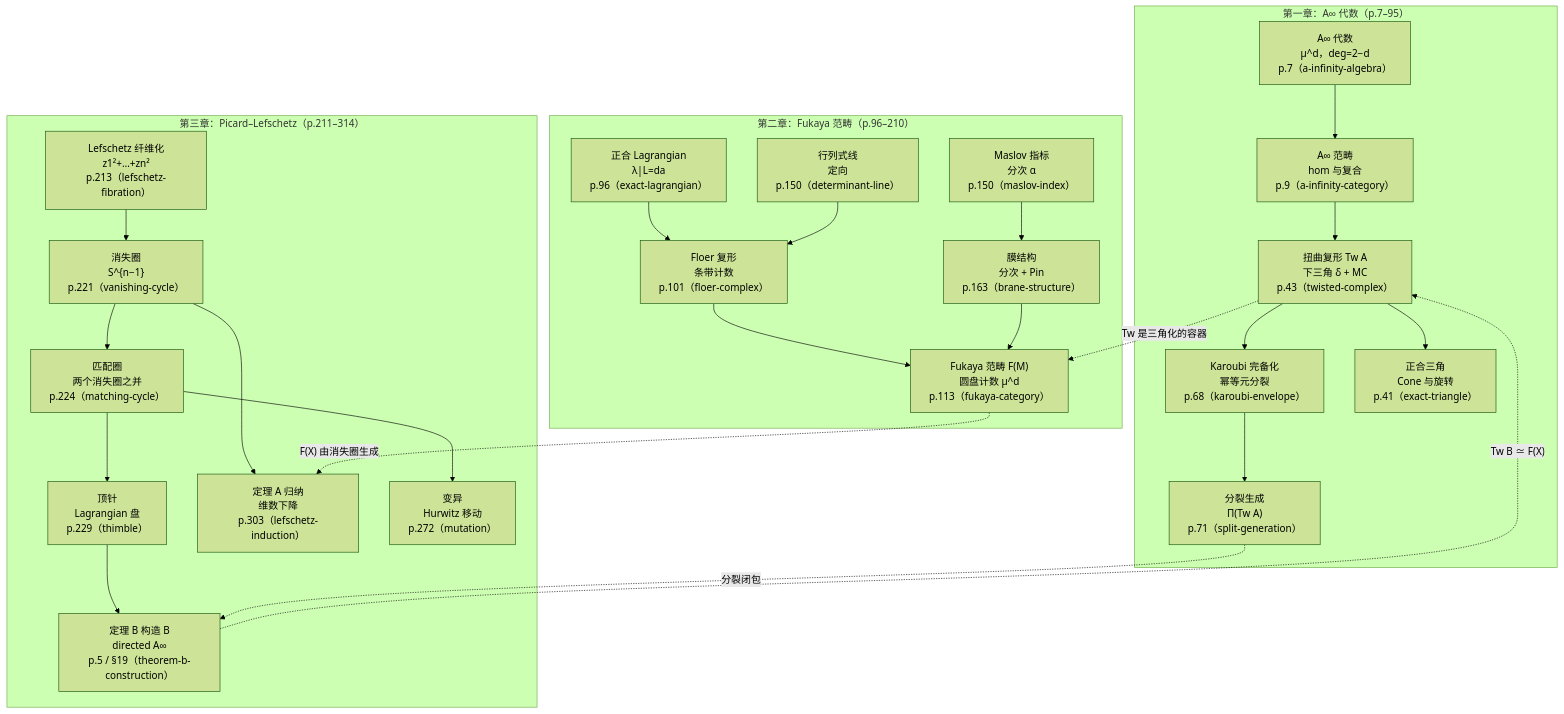
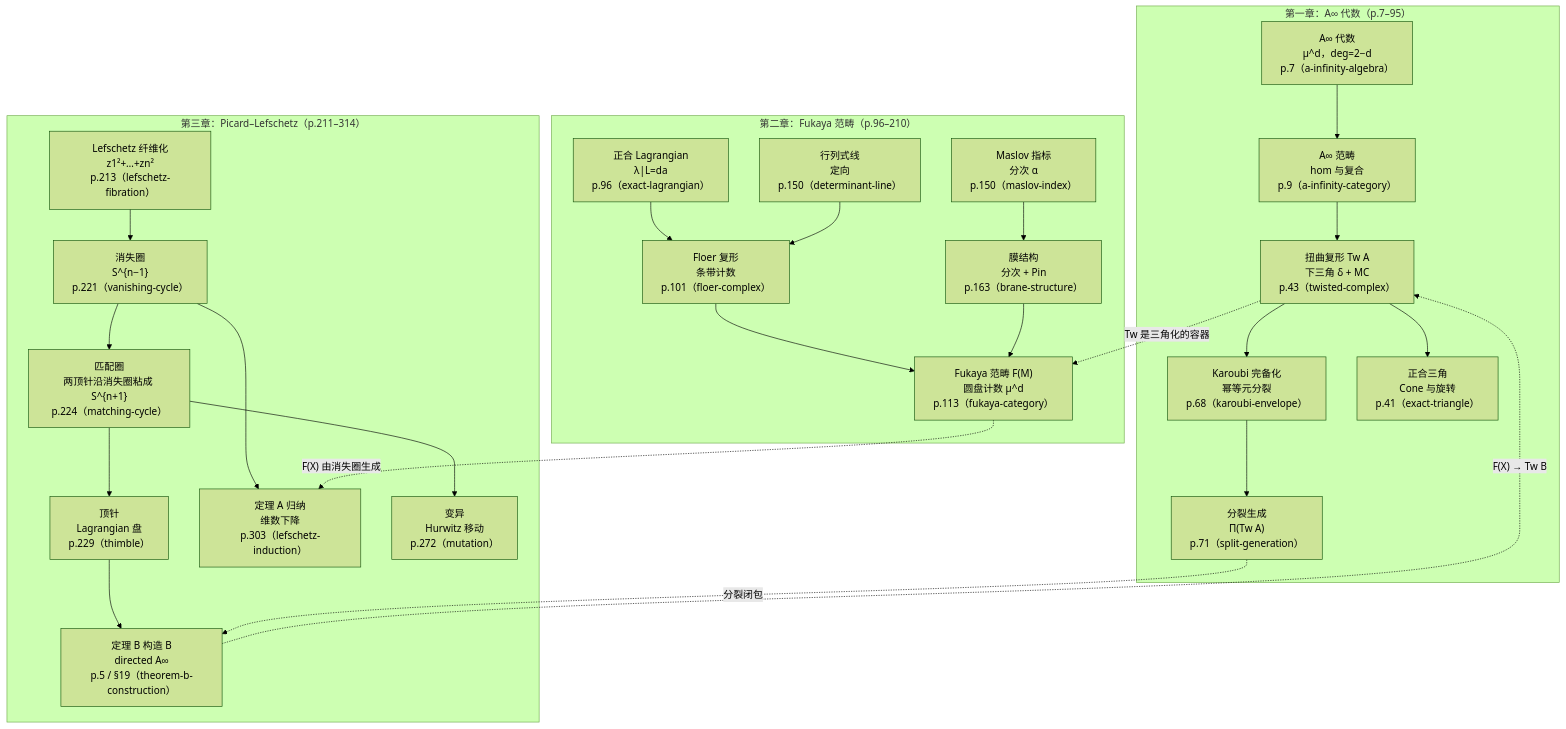
One commit to lzxsusy/mathtranslate changed the diagram in datasets/seidel/MAP.md. Above: the diagram before and after it, drawn with Mermaid (forest theme). The commit also changed other lines of this file and 145 other files, not shown here.

Commit message:
dataset seidel: 复核 70 张资料卡（24 旧卡改正、16 新卡核验、30 勘误卡回页图）

````diff
--- a/datasets/seidel/MAP.md
+++ b/datasets/seidel/MAP.md
@@ -5,44 +5,44 @@
 ```mermaid
 flowchart TD
     subgraph CH1["第一章：A∞ 代数（p.7–95）"]
         A1["A∞ 代数<br/>μ^d，deg=2−d<br/>p.7（a-infinity-algebra）"]
         A2["A∞ 范畴<br/>hom 与复合<br/>p.9（a-infinity-category）"]
         A3["扭曲复形 Tw A<br/>下三角 δ + MC<br/>p.43（twisted-complex）"]
         A4["Karoubi 完备化<br/>幂等元分裂<br/>p.68（karoubi-envelope）"]
         A5["分裂生成<br/>Π(Tw A)<br/>p.71（split-generation）"]
         A6["正合三角<br/>Cone 与旋转<br/>p.41（exact-triangle）"]
         A1 --> A2 --> A3 --> A4 --> A5
         A3 --> A6
     end
 
     subgraph CH2["第二章：Fukaya 范畴（p.96–210）"]
         B1["正合 Lagrangian<br/>λ|L=da<br/>p.96（exact-lagrangian）"]
         B2["Floer 复形<br/>条带计数<br/>p.101（floer-complex）"]
         B3["Maslov 指标<br/>分次 α<br/>p.150（maslov-index）"]
         B4["行列式线<br/>定向<br/>p.150（determinant-line）"]
         B5["膜结构<br/>分次 + Pin<br/>p.163（brane-structure）"]
         B6["Fukaya 范畴 F(M)<br/>圆盘计数 μ^d<br/>p.113（fukaya-category）"]
         B1 --> B2 --> B6
         B3 --> B5 --> B6
         B4 --> B2
     end
 
     subgraph CH3["第三章：Picard–Lefschetz（p.211–314）"]
         C1["Lefschetz 纤维化<br/>z1²+…+zn²<br/>p.213（lefschetz-fibration）"]
         C2["消失圈<br/>S^{n−1}<br/>p.221（vanishing-cycle）"]
-        C3["匹配圈<br/>两个消失圈之并<br/>p.224（matching-cycle）"]
+        C3["匹配圈<br/>两顶针沿消失圈粘成 S^{n+1}<br/>p.224（matching-cycle）"]
         C4["顶针<br/>Lagrangian 盘<br/>p.229（thimble）"]
         C5["定理 A 归纳<br/>维数下降<br/>p.303（lefschetz-induction）"]
         C6["定理 B 构造 B<br/>directed A∞<br/>p.5 / §19（theorem-b-construction）"]
         C7["变异<br/>Hurwitz 移动<br/>p.272（mutation）"]
         C1 --> C2 --> C3 --> C4
         C2 --> C5
         C4 --> C6
         C3 --> C7
     end
 
     A3 -.->|"Tw 是三角化的容器"| B6
     A5 -.->|"分裂闭包"| C6
     B6 -.->|"F(X) 由消失圈生成"| C5
-    C6 -.->|"Tw B ≃ F(X)"| A3
+    C6 -.->|"F(X) → Tw B"| A3
 ```
````
